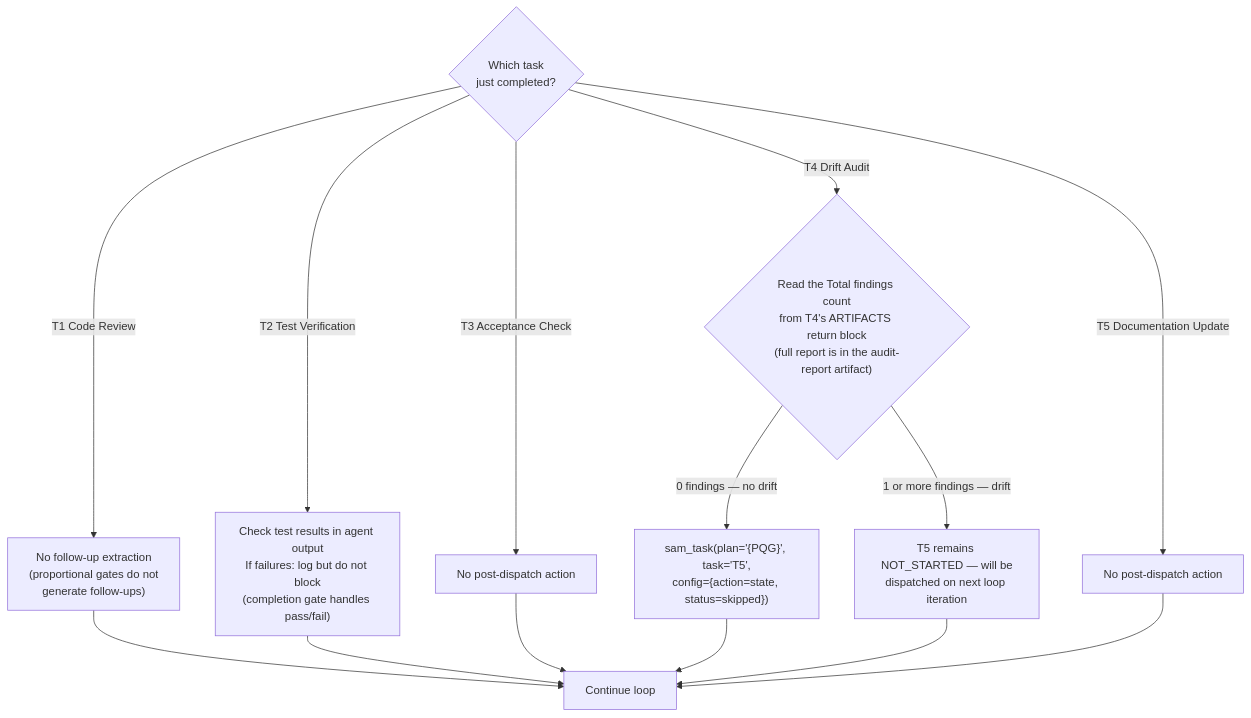
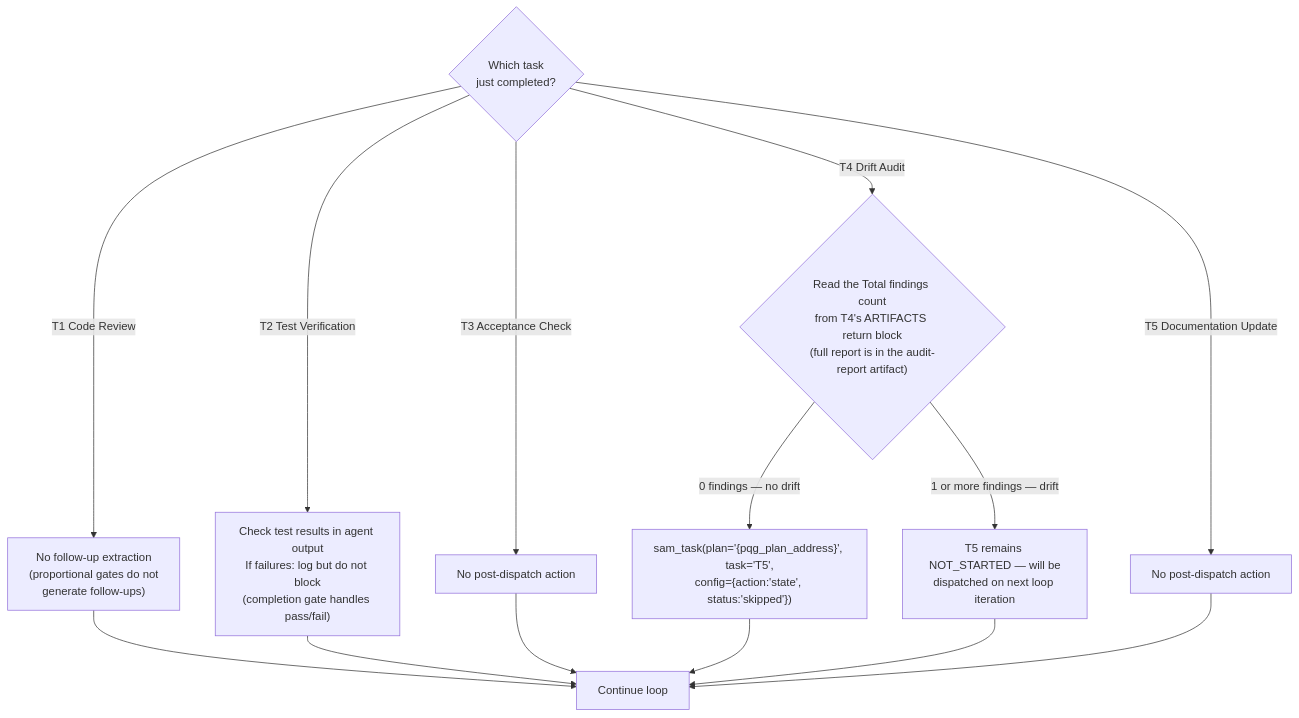
The third of 8 diagrams in plugins/development-harness/skills/complete-implementation/SKILL.md (Jamie-BitFlight/claude_skills), drawn with Mermaid before and after one commit. The commit also changed other lines of this file and 41 other files, not shown here.

````diff
--- a/plugins/development-harness/skills/complete-implementation/SKILL.md
+++ b/plugins/development-harness/skills/complete-implementation/SKILL.md
@@ -193,17 +198,17 @@
 ```mermaid
 flowchart TD
     Done{Which task<br>just completed?}
     Done -->|"T1 Code Review"| T1Post["No follow-up extraction<br>(proportional gates do not<br>generate follow-ups)"]
     Done -->|"T2 Test Verification"| T2Post["Check test results in agent output<br>If failures: log but do not block<br>(completion gate handles pass/fail)"]
     Done -->|"T3 Acceptance Check"| T3Post["No post-dispatch action"]
     Done -->|"T4 Drift Audit"| T4Post{"Read the Total findings count<br>from T4's ARTIFACTS return block<br>(full report is in the audit-report artifact)"}
-    T4Post -->|"0 findings — no drift"| SkipT5["sam_task(plan='{PQG}', task='T5',<br>config={action=state, status=skipped})"]
+    T4Post -->|"0 findings — no drift"| SkipT5["sam_task(plan='{pqg_plan_address}', task='T5',<br>config={action:'state', status:'skipped'})"]
     T4Post -->|"1 or more findings — drift"| T5Ready["T5 remains NOT_STARTED — will be<br>dispatched on next loop iteration"]
     Done -->|"T5 Documentation Update"| T5Post["No post-dispatch action"]
     T1Post --> Continue["Continue loop"]
     T2Post --> Continue
     T3Post --> Continue
     SkipT5 --> Continue
     T5Ready --> Continue
     T5Post --> Continue
 ```
````
